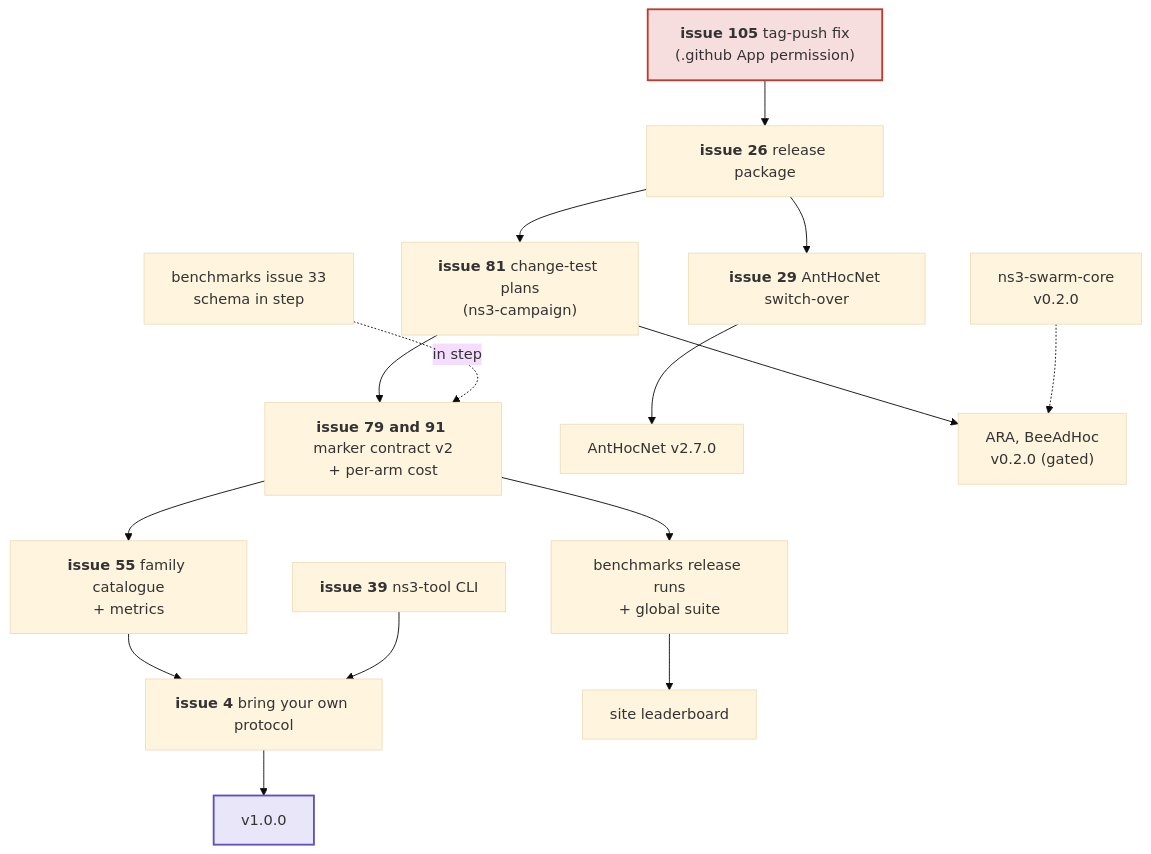
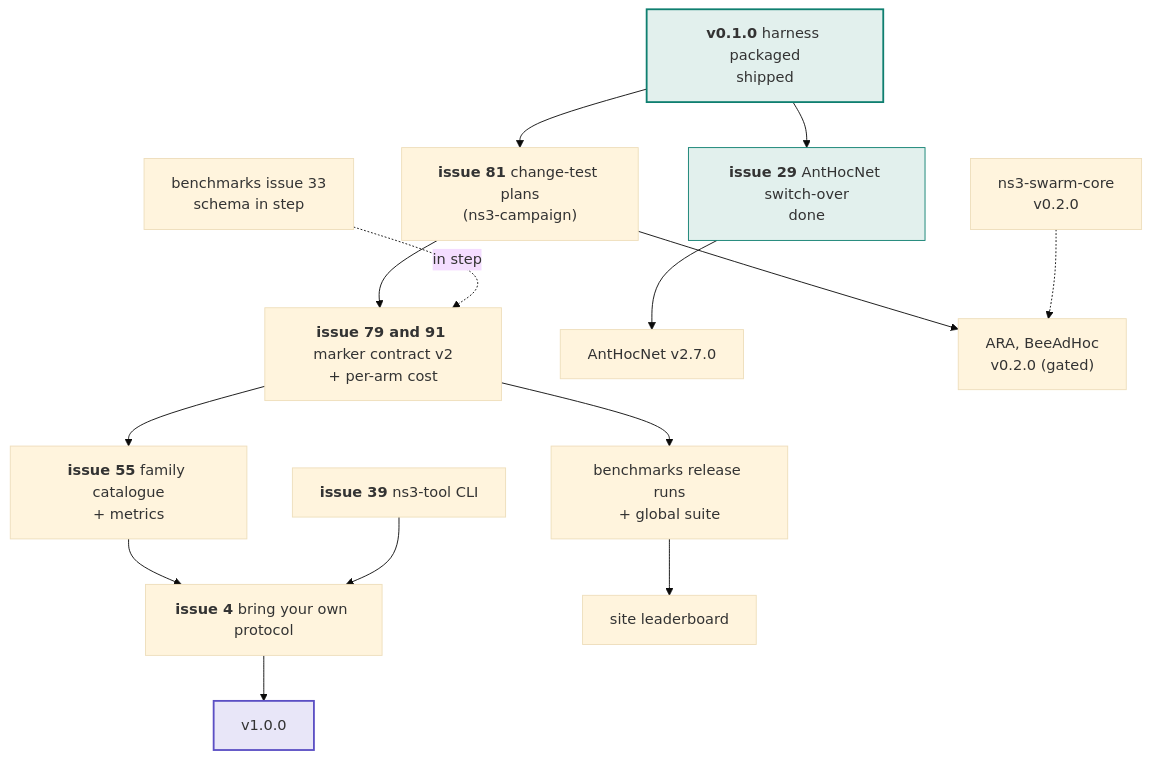
Before and after one commit to swarm-routing/ns3-tools: the second of 2 diagrams in docs/roadmap.md, drawn with Mermaid (base theme). The commit also changed other lines of this file, not shown here.

First line of the commit message:
docs(roadmap): v0.1.0 shipped

````diff
--- a/docs/roadmap.md
+++ b/docs/roadmap.md
@@ -58,31 +59,31 @@
 ```mermaid
 flowchart TB
-    T105["<b>issue 105</b> tag-push fix<br/>(.github App permission)"]
-    T26["<b>issue 26</b> release package"]
+    V01["<b>v0.1.0</b> harness packaged<br/>shipped"]
     T81["<b>issue 81</b> change-test plans<br/>(ns3-campaign)"]
-    T29["<b>issue 29</b> AntHocNet switch-over"]
+    T29["<b>issue 29</b> AntHocNet switch-over<br/>done"]
     T79["<b>issue 79 and 91</b> marker contract v2<br/>+ per-arm cost"]
     TOOLS["<b>issue 39</b> ns3-tool CLI"]
     FAM["<b>issue 55</b> family catalogue<br/>+ metrics"]
     DOC["<b>issue 4</b> bring your own protocol"]
 
     AHN["AntHocNet v2.7.0"]
     SC["ns3-swarm-core<br/>v0.2.0"]
     PROT["ARA, BeeAdHoc<br/>v0.2.0 (gated)"]
     BEN["benchmarks issue 33<br/>schema in step"]
     LEAD["benchmarks release runs<br/>+ global suite"]
     SITE["site leaderboard"]
 
-    T105 --> T26 --> T29 --> AHN
-    T26 --> T81
+    V01 --> T29 --> AHN
+    V01 --> T81
     T81 --> PROT
     SC -.-> PROT
     T81 --> T79
     BEN -.->|"in step"| T79
     T79 --> LEAD --> SITE
     T79 --> FAM --> DOC --> V10["v1.0.0"]
     TOOLS --> DOC
 
-    style T105 fill:#f6dede,stroke:#c0392b,stroke-width:2px
+    style V01 fill:#e2f0ed,stroke:#0f7f70,stroke-width:2px
+    style T29 fill:#e2f0ed,stroke:#0f7f70
     style V10 fill:#e8e6f8,stroke:#5b4fc4,stroke-width:2px
 ```
````
